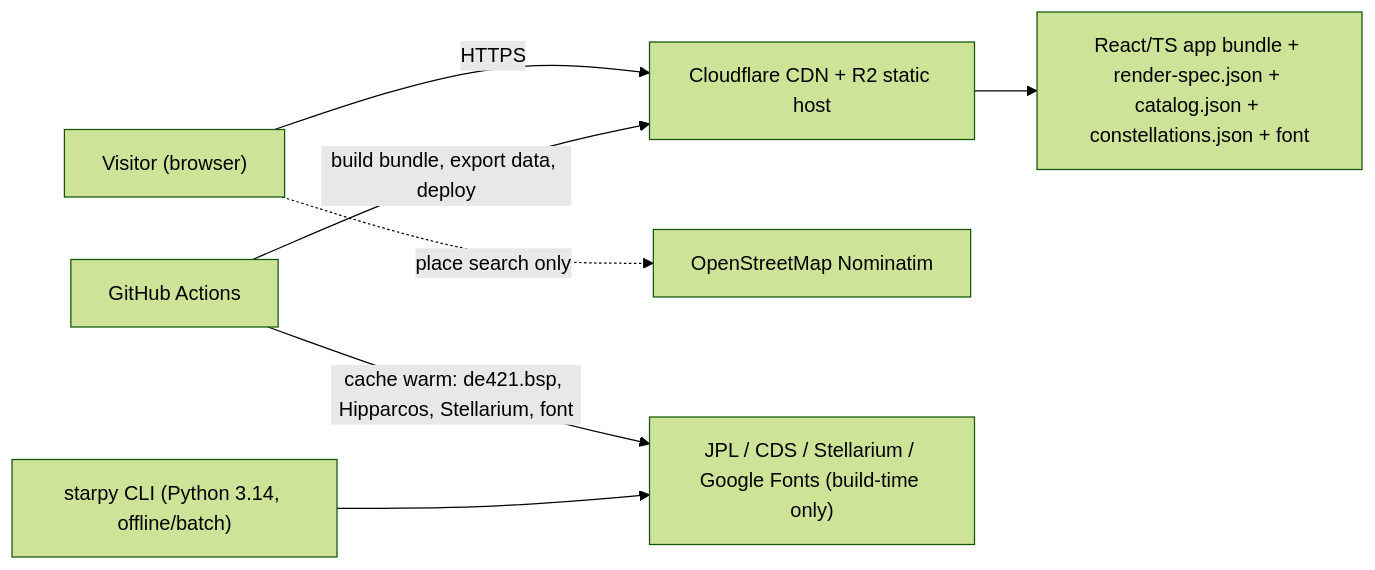
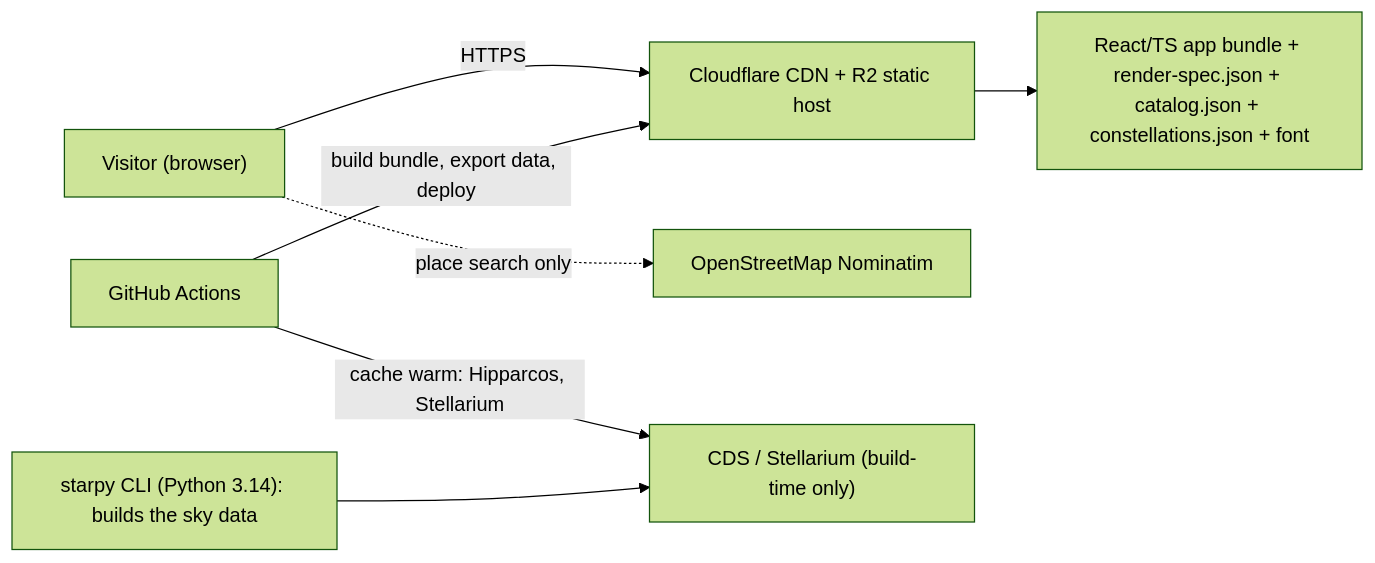
One commit to lucasvmigotto/starsky changed the first of 2 diagrams in docs/product/architecture.md. Above: the diagram before and after it, drawn with Mermaid (forest theme). The commit also changed other lines of this file and 37 other files, not shown here.

Commit message:
docs: reconcile specs, ADRs and workflows with the data-only CLI

````diff
--- a/docs/product/architecture.md
+++ b/docs/product/architecture.md
@@ -70,9 +69,9 @@
 ```mermaid
 graph LR
   Visitor["Visitor (browser)"] -->|HTTPS| CDN["Cloudflare CDN + R2 static host"]
   Visitor -.->|place search only| NOM["OpenStreetMap Nominatim"]
   CDN --> Bundle["React/TS app bundle + render-spec.json + catalog.json + constellations.json + font"]
   CI["GitHub Actions"] -->|build bundle, export data, deploy| CDN
-  CI -->|cache warm: de421.bsp, Hipparcos, Stellarium, font| SRC["JPL / CDS / Stellarium / Google Fonts (build-time only)"]
-  CLI["starpy CLI (Python 3.14, offline/batch)"] --> SRC
+  CI -->|cache warm: Hipparcos, Stellarium| SRC["CDS / Stellarium (build-time only)"]
+  CLI["starpy CLI (Python 3.14): builds the sky data"] --> SRC
 ```
````
